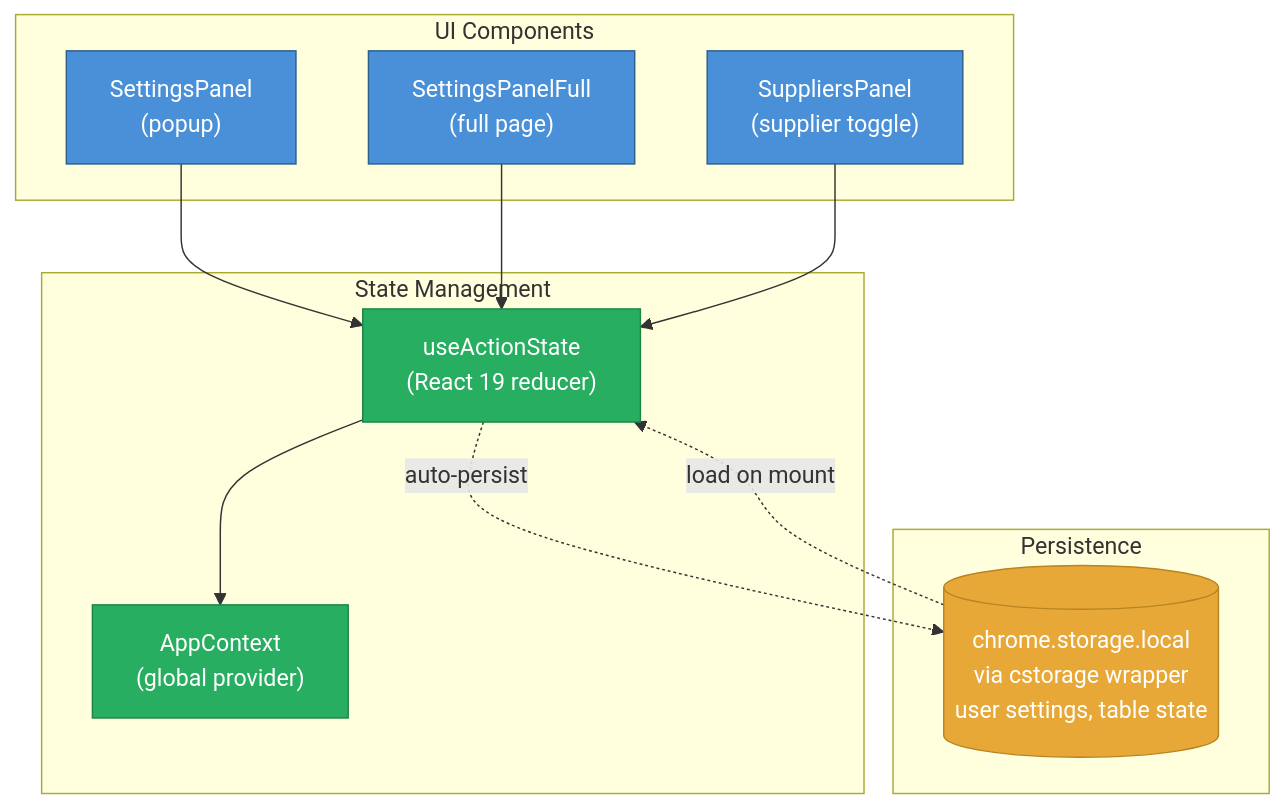
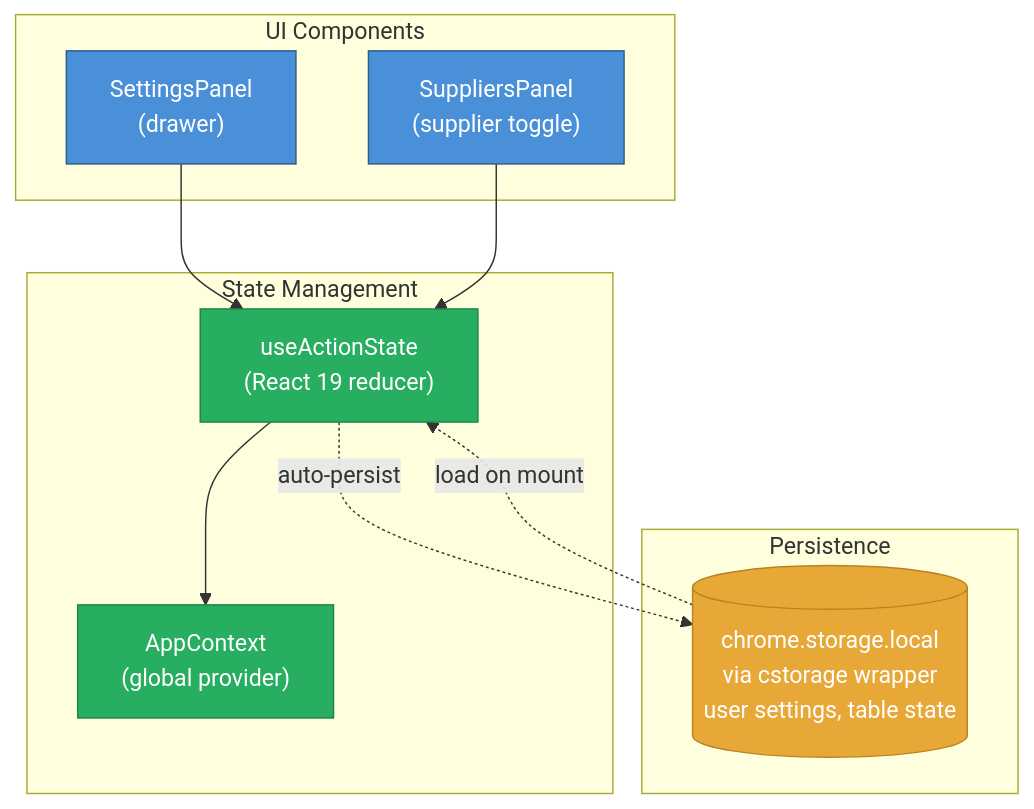
Before and after one commit to jhyland87/chem-pal: the diagram in wiki_files/Settings-and-Configuration.md, drawn with Mermaid. The commit also changed 44 other files, not shown here.

````diff
--- a/wiki_files/Settings-and-Configuration.md
+++ b/wiki_files/Settings-and-Configuration.md
@@ -41,32 +41,30 @@
 ```mermaid
 flowchart TB
 subgraph Components["UI Components"]
-SP["SettingsPanel\n(popup)"]
-SPF["SettingsPanelFull\n(full page)"]
+SP["SettingsPanel\n(drawer)"]
 SUP["SuppliersPanel\n(supplier toggle)"]
 end
 
 subgraph State["State Management"]
 AR["useActionState\n(React 19 reducer)"]
 CTX["AppContext\n(global provider)"]
 end
 
 subgraph Persistence["Persistence"]
 CS[("chrome.storage.local\nvia cstorage wrapper\nuser settings, table state")]
 end
 
 SP --> AR
-SPF --> AR
 SUP --> AR
 AR --> CTX
 AR -.->|"auto-persist"| CS
 CS -.->|"load on mount"| AR
 
 classDef component fill:#4A90D9,stroke:#2C5F8A,color:#fff
 classDef state fill:#27AE60,stroke:#1E8449,color:#fff
 classDef storage fill:#E8A838,stroke:#B8841F,color:#fff
 
-class SP,SPF,SUP component
+class SP,SUP component
 class AR,CTX state
 class CS storage
 ```
````
